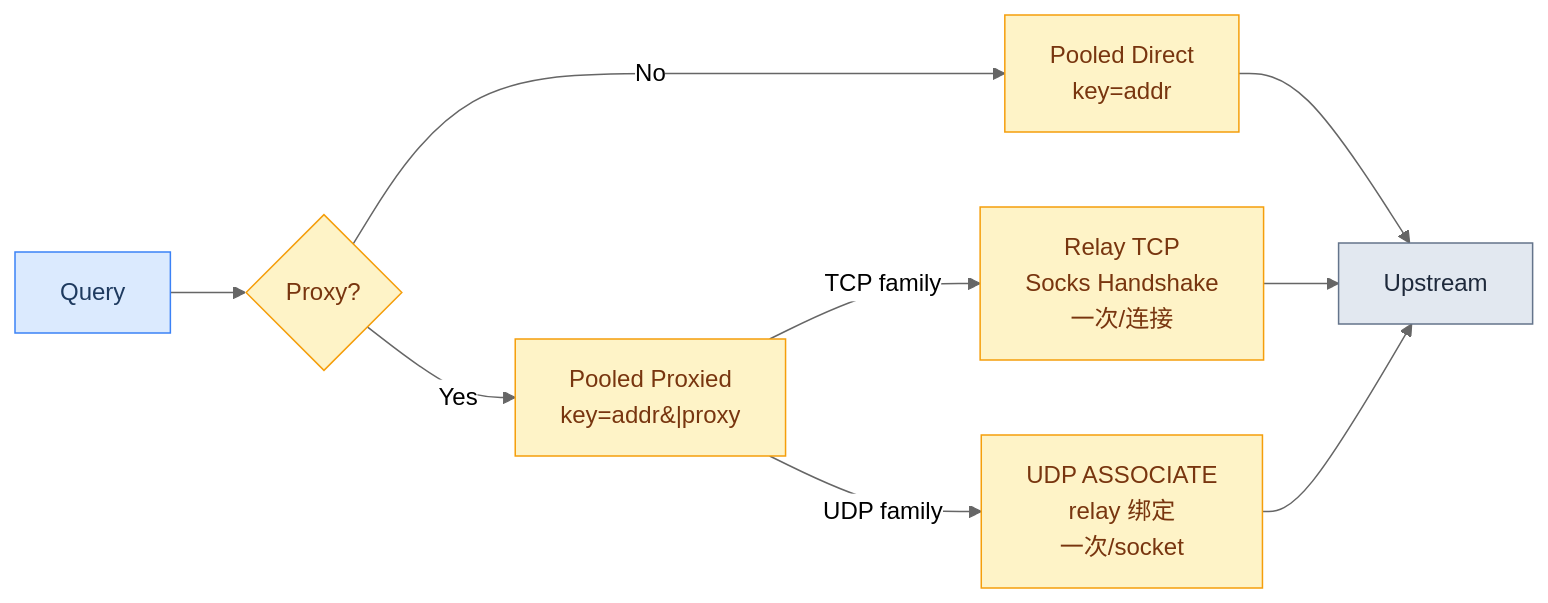
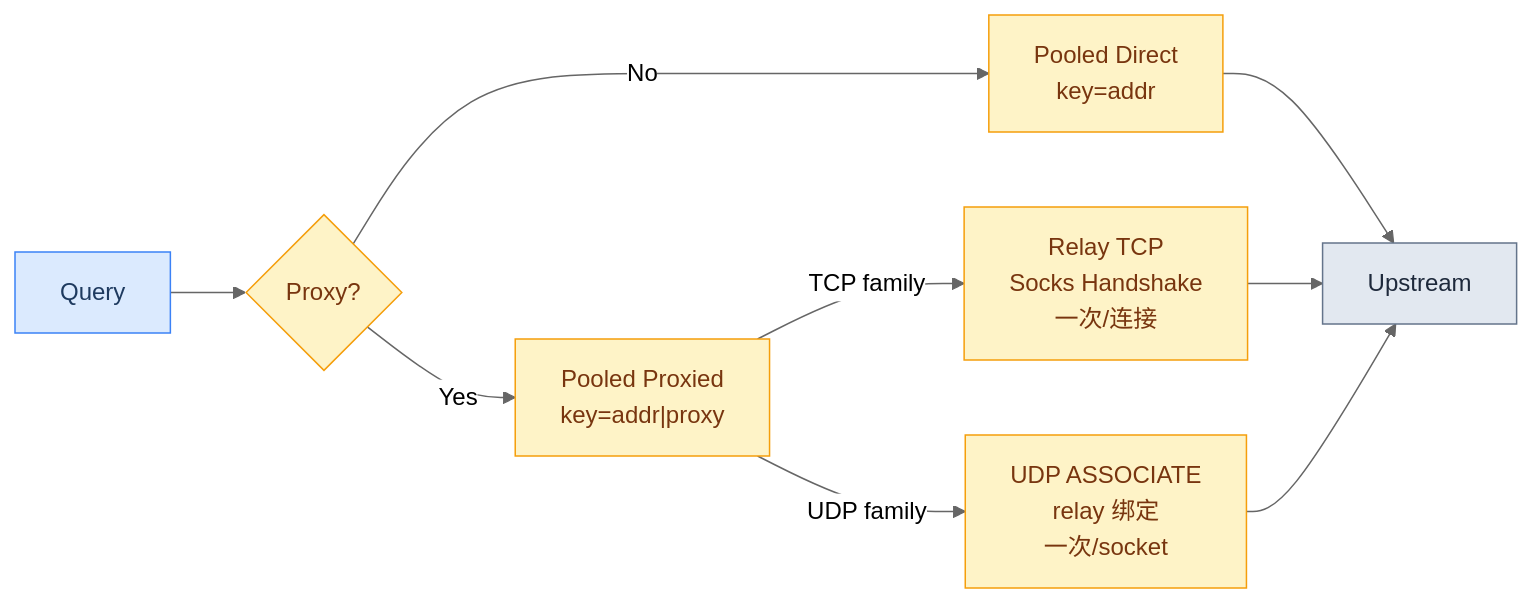
Before and after one commit to hezhijie0327/ZJDNS: diagram 27 of 31 in docs/FLOWCHARTS.md, drawn with Mermaid (neutral theme).

Commit message:
fix: quote pipe character in mermaid node text (connection pool chart)
POOLP node used HTML entity &#124; which GitHub's mermaid parser
decodes to a literal pipe and then rejects inside node text.
Quoted-string syntax is the supported escape for special chars.

````diff
--- a/docs/FLOWCHARTS.md
+++ b/docs/FLOWCHARTS.md
@@ -823,17 +823,17 @@
 ```mermaid
 graph LR
     Q[Query] --> PROXY{Proxy?}
     PROXY -->|No| POOL[Pooled Direct<br/>key=addr]
-    PROXY -->|Yes| POOLP[Pooled Proxied<br/>key=addr&#124;proxy]
+    PROXY -->|Yes| POOLP["Pooled Proxied<br/>key=addr|proxy"]
     POOLP -->|TCP family| TCPR[Relay TCP<br/>Socks Handshake<br/>一次/连接]
     POOLP -->|UDP family| UDPR[UDP ASSOCIATE<br/>relay 绑定<br/>一次/socket]
     POOL --> UP[Upstream]
     TCPR --> UP
     UDPR --> UP
     classDef query fill:#dbeafe,stroke:#3b82f6,color:#1e3a5f
     classDef proc fill:#fef3c7,stroke:#f59e0b,color:#78350f
     classDef ext fill:#e2e8f0,stroke:#64748b,color:#1e293b
     class Q query
     class PROXY,POOL,POOLP,TCPR,UDPR proc
     class UP ext
 ```
````
